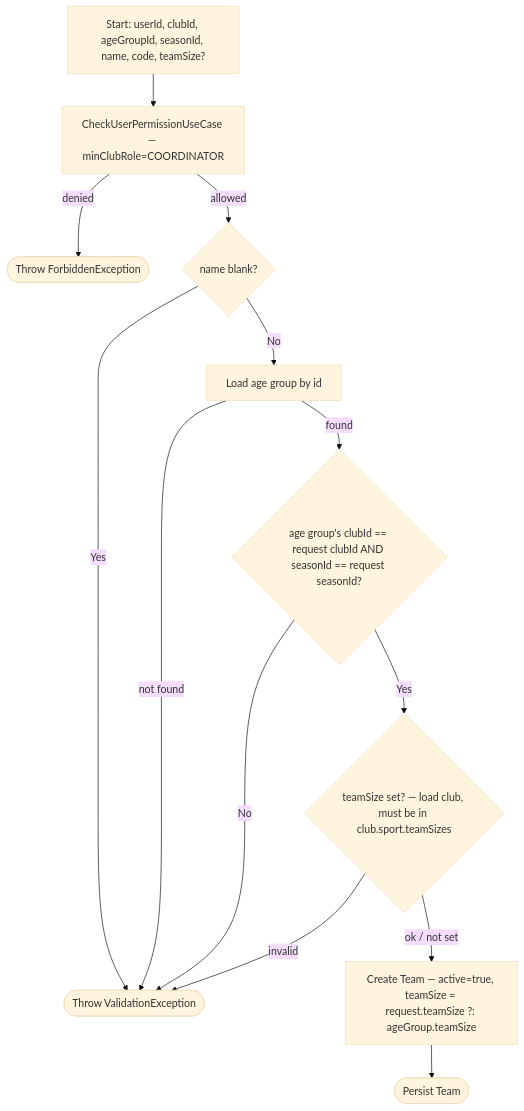
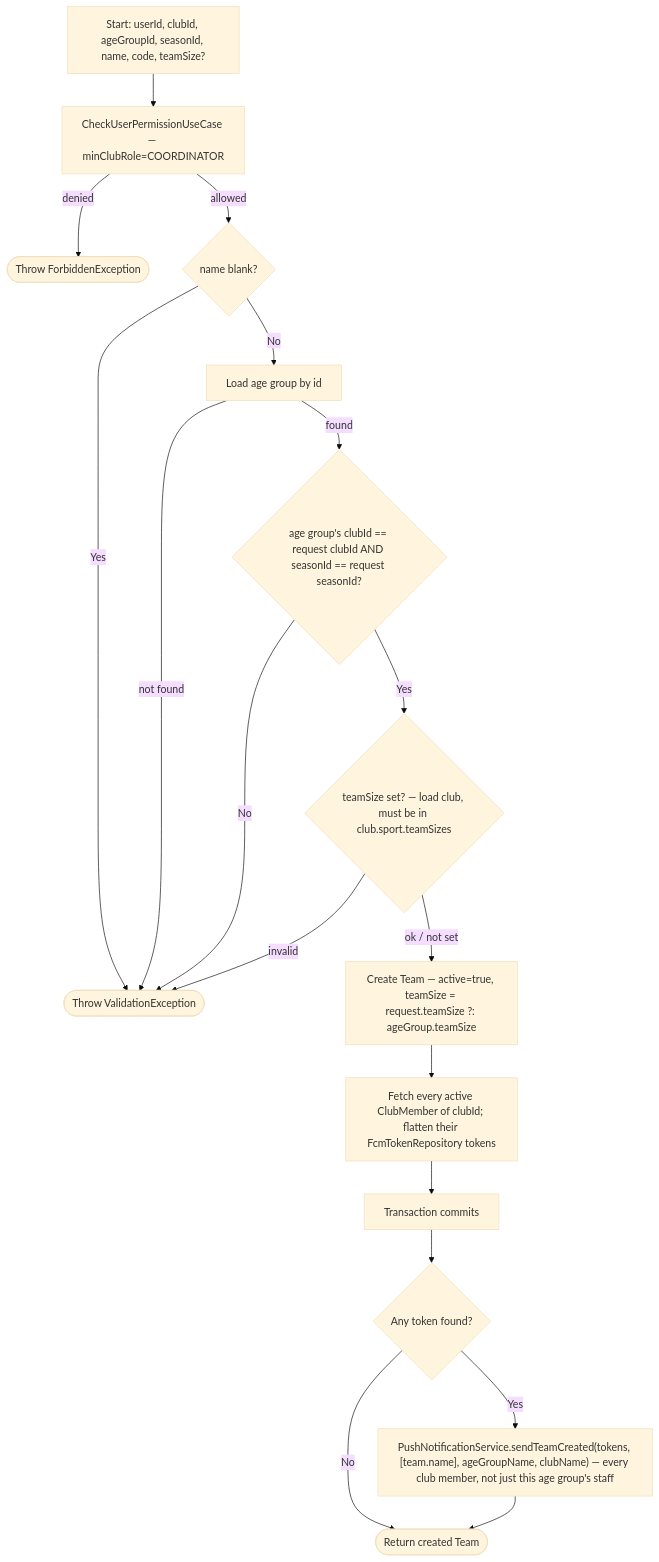
One commit to ricardofrango/squadify changed diagram 22 of 48 in PROCESS_FLOWS.md. Above: the diagram before and after it, drawn with Mermaid (base theme). The commit also changed other lines of this file and 10 other files, not shown here.

````diff
--- a/PROCESS_FLOWS.md
+++ b/PROCESS_FLOWS.md
@@ -434,15 +434,20 @@
 ```mermaid
 graph TD
     A[Start: userId, clubId, ageGroupId, seasonId, name, code, teamSize?] --> B[CheckUserPermissionUseCase — minClubRole=COORDINATOR]
     B -- denied --> F(["Throw ForbiddenException"])
     B -- allowed --> C{name blank?}
     C -- Yes --> V(["Throw ValidationException"])
     C -- No --> D[Load age group by id]
     D -- not found --> V
     D -- found --> E{"age group's clubId == request clubId AND seasonId == request seasonId?"}
     E -- No --> V
     E -- Yes --> E2{"teamSize set? — load club, must be in club.sport.teamSizes"}
     E2 -- invalid --> V
     E2 -- ok / not set --> G["Create Team — active=true, teamSize = request.teamSize ?: ageGroup.teamSize"]
-    G --> Z(["Persist Team"])
+    G --> H["Fetch every active ClubMember of clubId; flatten their FcmTokenRepository tokens"]
+    H --> I["Transaction commits"]
+    I --> J{"Any token found?"}
+    J -- Yes --> K["PushNotificationService.sendTeamCreated(tokens, [team.name], ageGroupName, clubName) — every club member, not just this age group's staff"]
+    J -- No --> Z
+    K --> Z(["Return created Team"])
 ```
````
